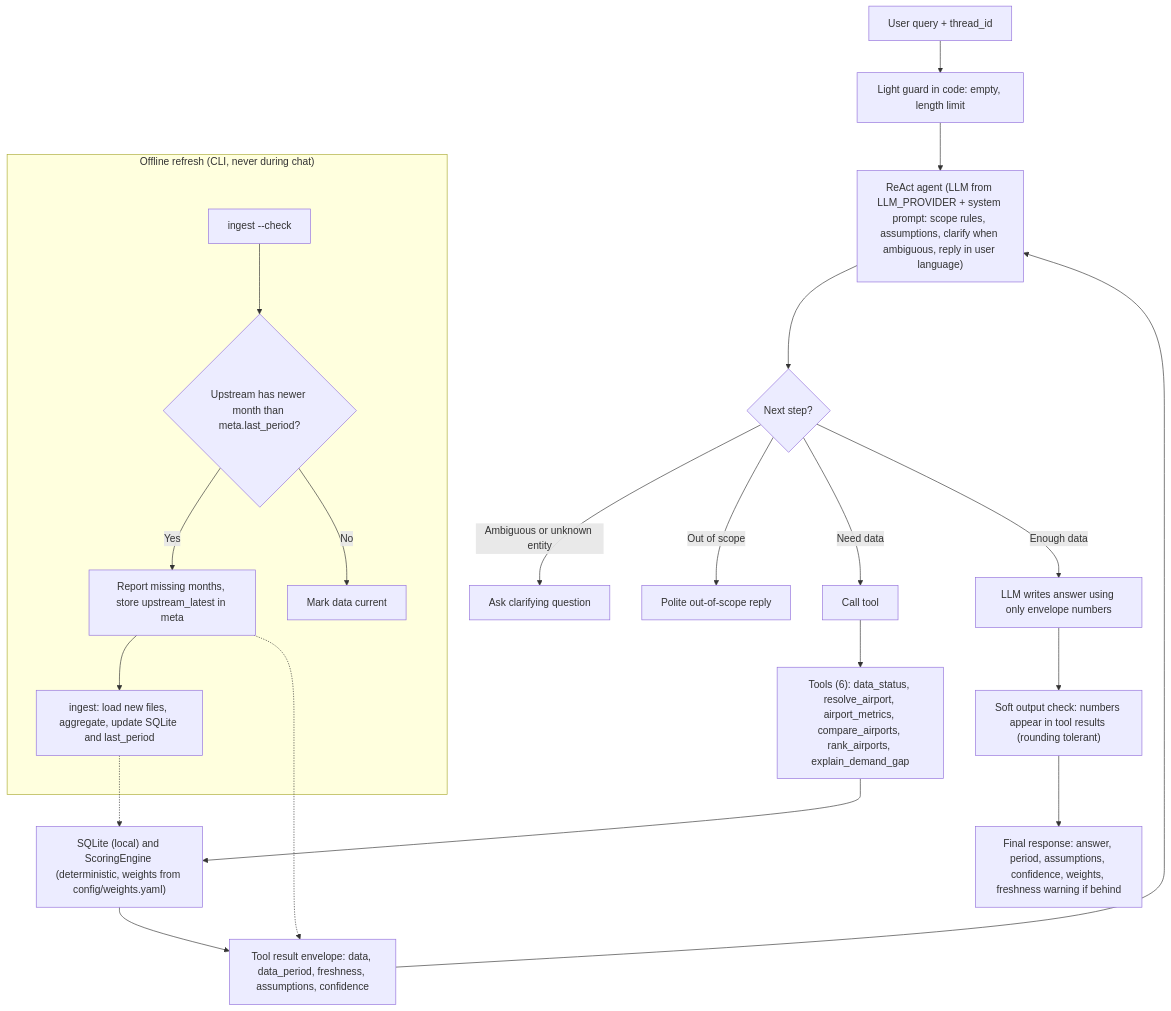
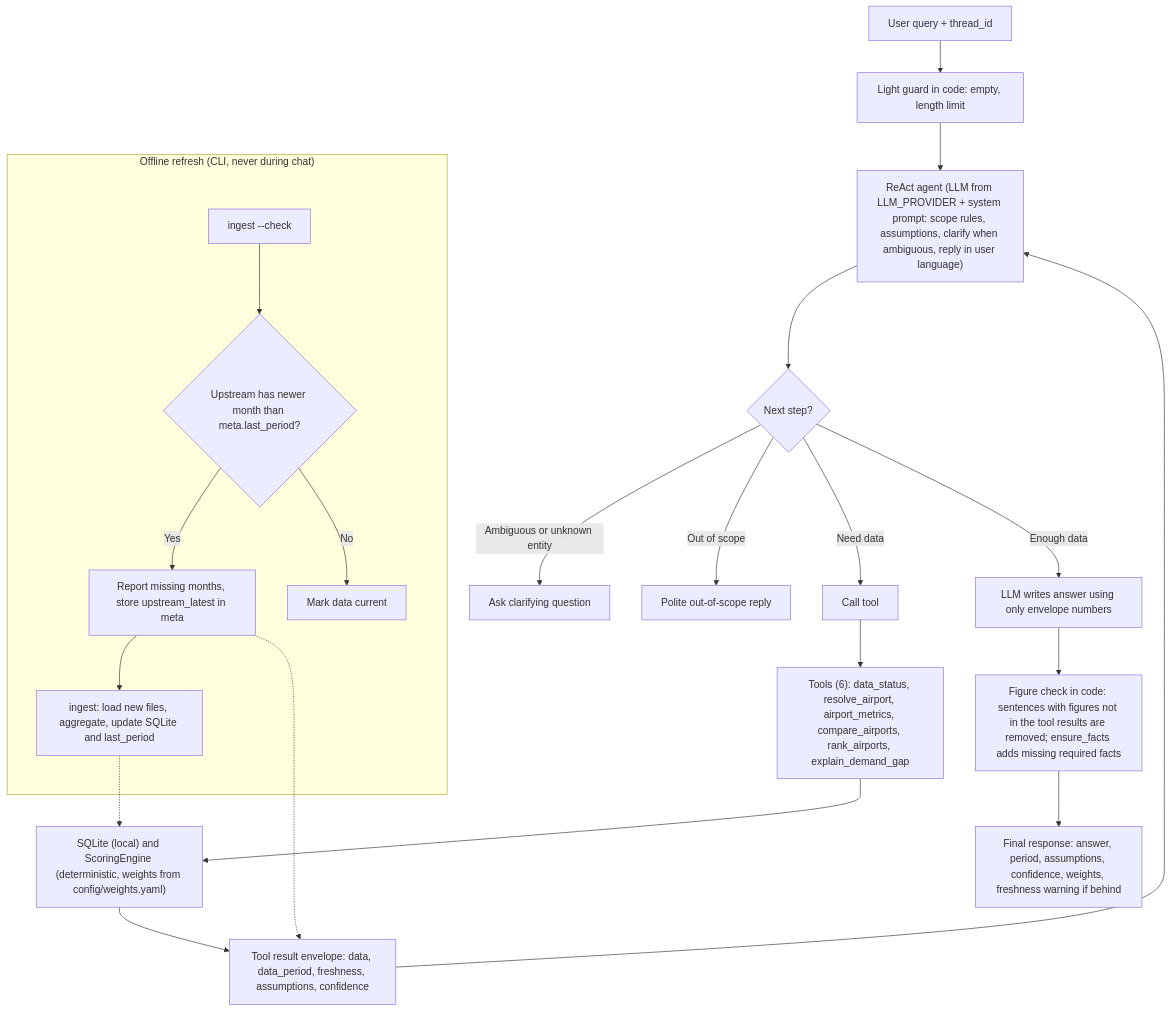
The second of 2 diagrams in README.md (GaryShnol/airport-investment-agent), drawn with Mermaid before and after one commit. The commit also changed other lines of this file and 5 other files, not shown here.

````diff
--- a/README.md
+++ b/README.md
@@ -107,29 +107,29 @@
 ```mermaid
 graph TD
     A["User query + thread_id"] --> B["Light guard in code: empty, length limit"]
     B --> C["ReAct agent (LLM from LLM_PROVIDER + system prompt: scope rules, assumptions, clarify when ambiguous, reply in user language)"]
 
     C --> D{"Next step?"}
     D -- "Ambiguous or unknown entity" --> E["Ask clarifying question"]
     D -- "Out of scope" --> F["Polite out-of-scope reply"]
     D -- "Need data" --> G["Call tool"]
 
     G --> H["Tools (6): data_status, resolve_airport, airport_metrics, compare_airports, rank_airports, explain_demand_gap"]
     H --> I["SQLite (local) and ScoringEngine (deterministic, weights from config/weights.yaml)"]
     I --> J["Tool result envelope: data, data_period, freshness, assumptions, confidence"]
     J --> C
 
     D -- "Enough data" --> K["LLM writes answer using only envelope numbers"]
-    K --> L["Soft output check: numbers appear in tool results (rounding tolerant)"]
+    K --> L["Figure check in code: sentences with figures not in the tool results are removed; ensure_facts adds missing required facts"]
     L --> N["Final response: answer, period, assumptions, confidence, weights, freshness warning if behind"]
 
     subgraph OFFLINE ["Offline refresh (CLI, never during chat)"]
         O["ingest --check"] --> P{"Upstream has newer month than meta.last_period?"}
         P -- "Yes" --> Q["Report missing months, store upstream_latest in meta"]
         P -- "No" --> R["Mark data current"]
         Q --> S["ingest: load new files, aggregate, update SQLite and last_period"]
     end
 
     S -.-> I
     Q -.-> J
 ```
````
